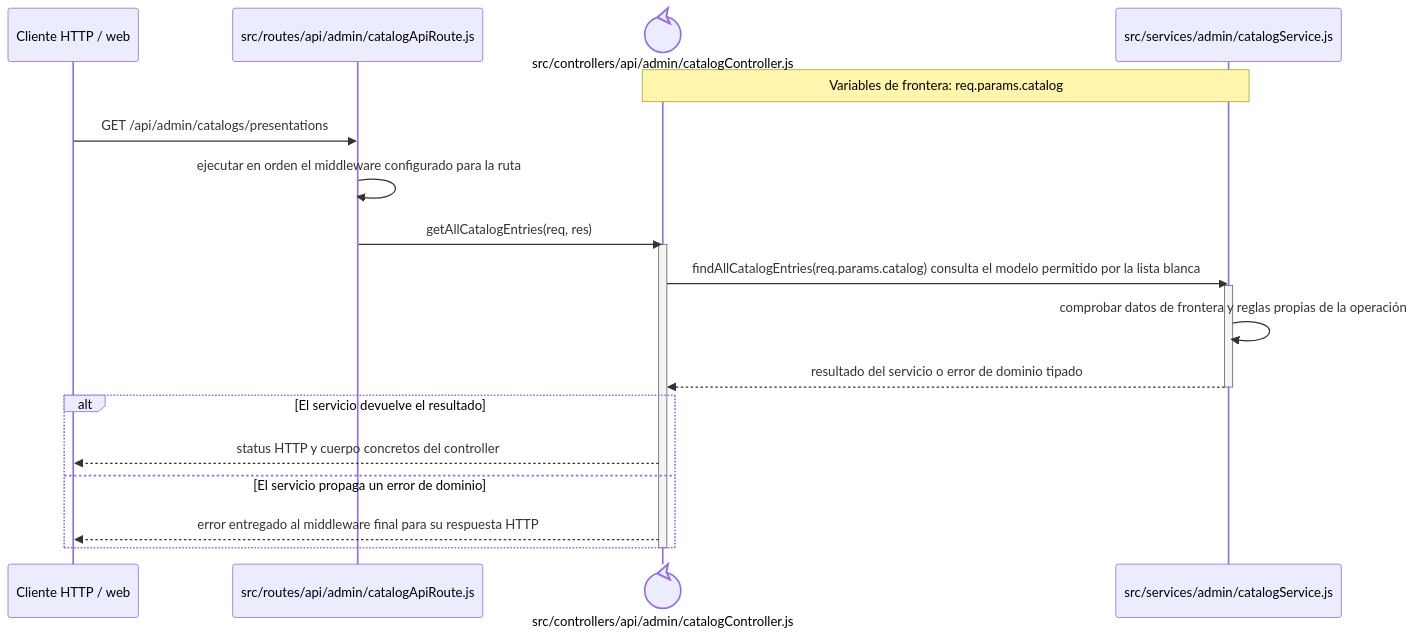
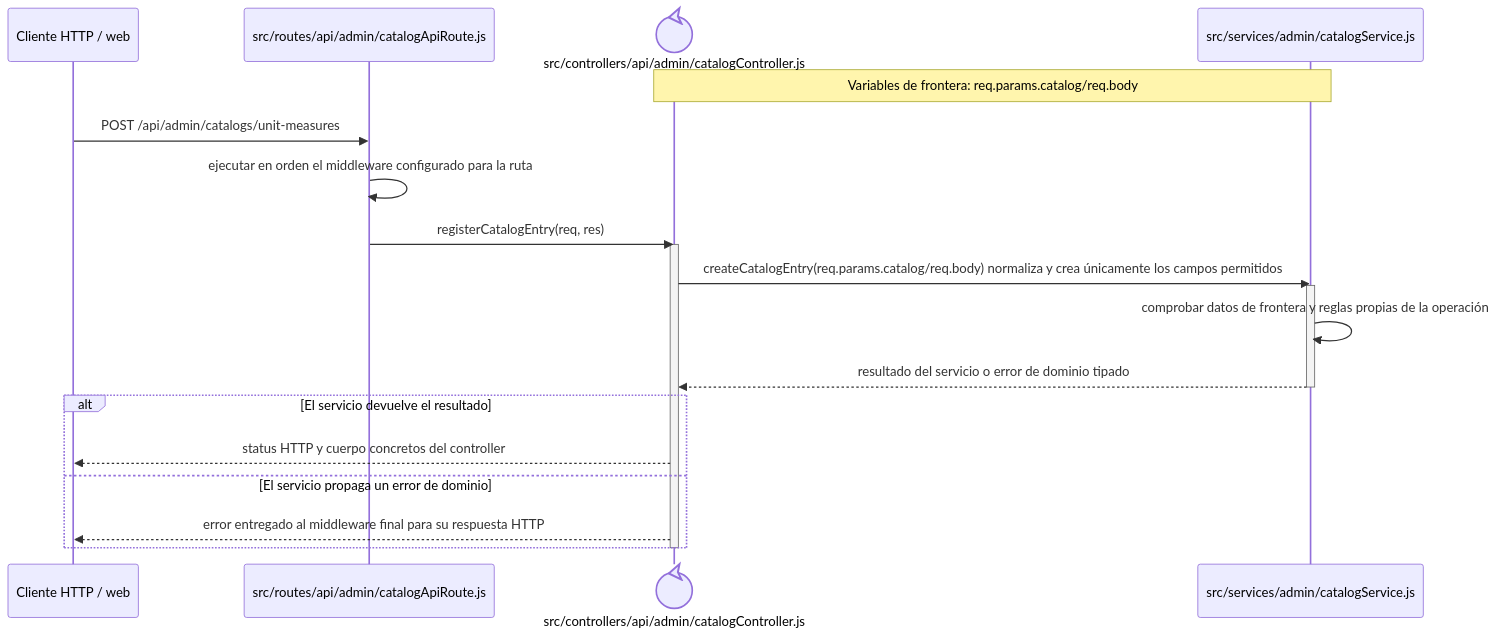
One commit to gpgsistemas01/nexus changed the diagram in docs/architecture/backend-code-sequences/catalogs/cu-cat-37.md. Above: the diagram before and after it, drawn with Mermaid. The commit also changed other lines of this file and 126 other files, not shown here.

````diff
--- a/docs/architecture/backend-code-sequences/catalogs/cu-cat-37.md
+++ b/docs/architecture/backend-code-sequences/catalogs/cu-cat-37.md
@@ -6,24 +6,24 @@
 ```mermaid
 sequenceDiagram
     participant Client as Cliente HTTP / web
     participant Route as src/routes/api/admin/catalogApiRoute.js
     participant Controller@{ "type": "control" } as src/controllers/api/admin/catalogController.js
     participant Domain as src/services/admin/catalogService.js
-    Note over Controller,Domain: Variables de frontera: req.params.catalog
+    Note over Controller,Domain: Variables de frontera: req.params.catalog/req.body
 
-    Client->>Route: GET /api/admin/catalogs/presentations
+    Client->>Route: POST /api/admin/catalogs/unit-measures
     Route->>Route: ejecutar en orden el middleware configurado para la ruta
-    Route->>Controller: getAllCatalogEntries(req, res)
+    Route->>Controller: registerCatalogEntry(req, res)
     activate Controller
-    Controller->>Domain: findAllCatalogEntries(req.params.catalog) consulta el modelo permitido por la lista blanca
+    Controller->>Domain: createCatalogEntry(req.params.catalog/req.body) normaliza y crea únicamente los campos permitidos
     activate Domain
     Domain->>Domain: comprobar datos de frontera y reglas propias de la operación
     Domain-->>Controller: resultado del servicio o error de dominio tipado
     deactivate Domain
     alt El servicio devuelve el resultado
         Controller-->>Client: status HTTP y cuerpo concretos del controller
     else El servicio propaga un error de dominio
         Controller-->>Client: error entregado al middleware final para su respuesta HTTP
     end
     deactivate Controller
 ```
````
